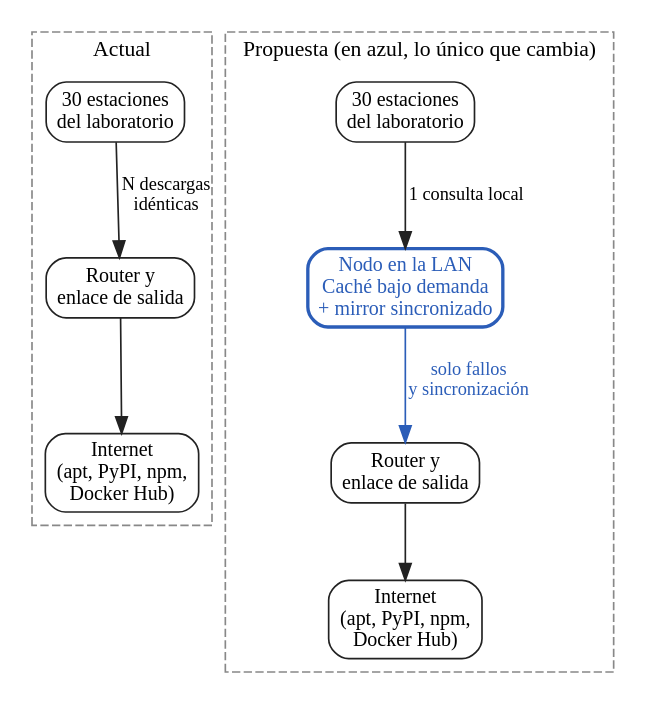
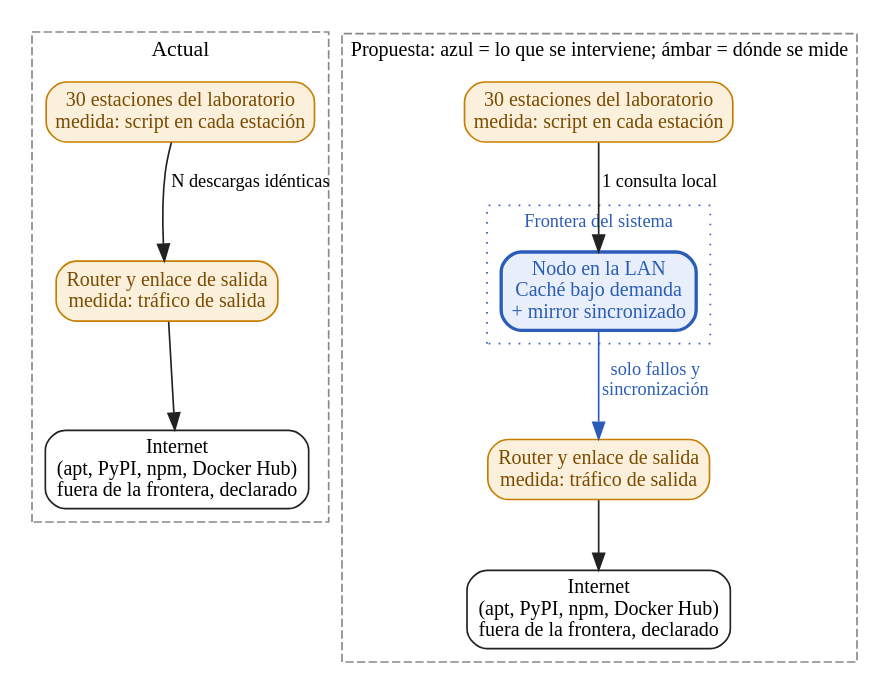
One commit to jhamer0709/infraestructura-lab-unajma changed the diagram in paper/figuras/fig2-arquitectura.dot. Above: the diagram before and after it, drawn with Graphviz. The commit also changed 5 other files, not shown here.

```diff
--- a/paper/figuras/fig2-arquitectura.dot
+++ b/paper/figuras/fig2-arquitectura.dot
@@ -1,12 +1,17 @@
 digraph G {
-  rankdir=TB; nodesep=0.25; ranksep=0.55; bgcolor="white"; compound=true;
+  rankdir=TB; nodesep=0.25; ranksep=0.5; bgcolor="white"; compound=true;
   node [shape=box, style="rounded", fontname="Liberation Serif", fontsize=12, margin="0.1,0.06", color="#222222"];
   edge [fontname="Liberation Serif", fontsize=11, color="#222222"];
   subgraph cluster_a { label="Actual"; fontname="Liberation Serif"; fontsize=13; style=dashed; color="#888888";
-    E1 [label="30 estaciones\ndel laboratorio"]; R1 [label="Router y\nenlace de salida"]; I1 [label="Internet\n(apt, PyPI, npm,\nDocker Hub)"];
-    E1 -> R1 [label=" N descargas\n idénticas"]; R1 -> I1; }
-  subgraph cluster_p { label="Propuesta (en azul, lo único que cambia)"; fontname="Liberation Serif"; fontsize=13; style=dashed; color="#888888";
-    E2 [label="30 estaciones\ndel laboratorio"]; N2 [label="Nodo en la LAN\nCaché bajo demanda\n+ mirror sincronizado", color="#2b5db8", fontcolor="#2b5db8", penwidth=2];
-    R2 [label="Router y\nenlace de salida"]; I2 [label="Internet\n(apt, PyPI, npm,\nDocker Hub)"];
-    E2 -> N2 [label=" 1 consulta local"]; N2 -> R2 [label=" solo fallos\n y sincronización", color="#2b5db8", fontcolor="#2b5db8"]; R2 -> I2; }
+    E1 [label="30 estaciones del laboratorio\nmedida: script en cada estación", color="#c77d00", fontcolor="#7a4b00", style="rounded,filled", fillcolor="#fbf0dc"];
+    R1 [label="Router y enlace de salida\nmedida: tráfico de salida", color="#c77d00", fontcolor="#7a4b00", style="rounded,filled", fillcolor="#fbf0dc"];
+    I1 [label="Internet\n(apt, PyPI, npm, Docker Hub)\nfuera de la frontera, declarado"];
+    E1 -> R1 [label=" N descargas idénticas"]; R1 -> I1; }
+  subgraph cluster_p { label="Propuesta: azul = lo que se interviene; ámbar = dónde se mide"; fontname="Liberation Serif"; fontsize=12; style=dashed; color="#888888";
+    E2 [label="30 estaciones del laboratorio\nmedida: script en cada estación", color="#c77d00", fontcolor="#7a4b00", style="rounded,filled", fillcolor="#fbf0dc"];
+    subgraph cluster_f { label="Frontera del sistema"; fontname="Liberation Serif"; fontsize=11; style=dotted; color="#2b5db8"; fontcolor="#2b5db8";
+      N2 [label="Nodo en la LAN\nCaché bajo demanda\n+ mirror sincronizado", color="#2b5db8", fontcolor="#2b5db8", penwidth=2, style="rounded,filled", fillcolor="#e8effa"]; }
+    R2 [label="Router y enlace de salida\nmedida: tráfico de salida", color="#c77d00", fontcolor="#7a4b00", style="rounded,filled", fillcolor="#fbf0dc"];
+    I2 [label="Internet\n(apt, PyPI, npm, Docker Hub)\nfuera de la frontera, declarado"];
+    E2 -> N2 [label=" 1 consulta local"]; N2 -> R2 [label=" solo fallos y\n sincronización", color="#2b5db8", fontcolor="#2b5db8"]; R2 -> I2; }
 }
```
